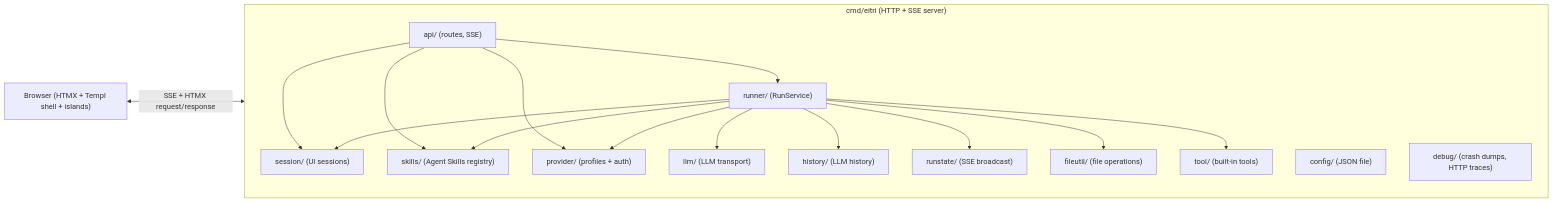
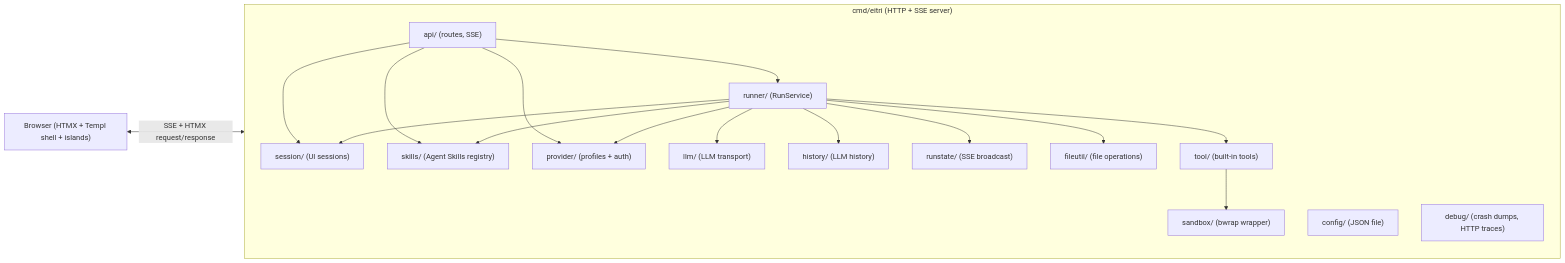
The first of 2 diagrams in docs/ARCHITECTURE.md (glemsom/eitri), drawn with Mermaid before and after one commit. The commit also changed other lines of this file and 3 other files, not shown here.

First line of the commit message:
docs: update project docs for bwrap sandbox (issue #715) (#718)

````diff
--- a/docs/ARCHITECTURE.md
+++ b/docs/ARCHITECTURE.md
@@ -10,33 +10,35 @@
 ```mermaid
 flowchart LR
     Browser["Browser (HTMX + Templ shell + islands)"]
 
     subgraph Server["cmd/eitri (HTTP + SSE server)"]
         API["api/ (routes, SSE)"]
         RunSvc["runner/ (RunService)"]
         UISess["session/ (UI sessions)"]
         LLMHist["history/ (LLM history)"]
         LLMTrp["llm/ (LLM transport)"]
         RunSt["runstate/ (SSE broadcast)"]
         FileUtil["fileutil/ (file operations)"]
         Skills["skills/ (Agent Skills registry)"]
         Tools["tool/ (built-in tools)"]
+        Sandbox["sandbox/ (bwrap wrapper)"]
         Config["config/ (JSON file)"]
         Provider["provider/ (profiles + auth)"]
         Debug["debug/ (crash dumps, HTTP traces)"]
     end
 
     Browser <-->|SSE + HTMX request/response| Server
     API --> RunSvc
     API --> UISess
     API --> Skills
     API --> Provider
     RunSvc --> LLMTrp
     RunSvc --> LLMHist
     RunSvc --> RunSt
     RunSvc --> FileUtil
     RunSvc --> Skills
     RunSvc --> UISess
     RunSvc --> Provider
     RunSvc --> Tools
+    Tools --> Sandbox
 ```
````
